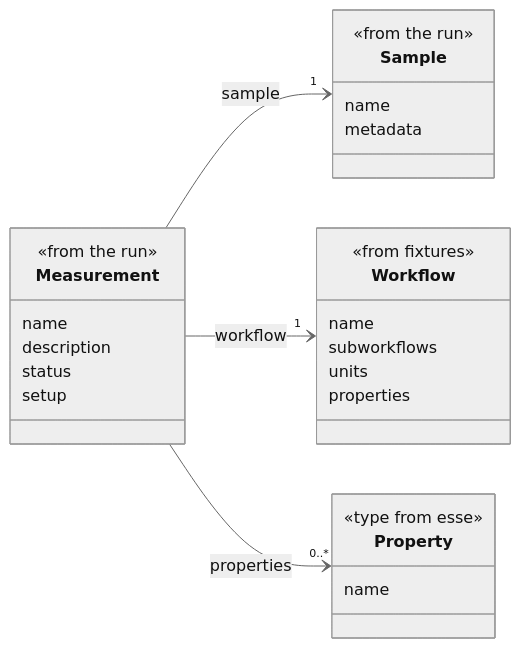
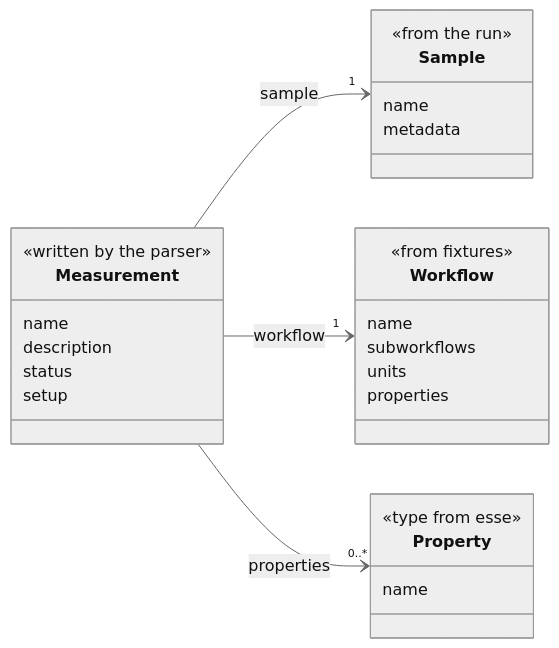
One commit to mat3ra/documentation changed the second of 2 diagrams in lang/en/docs/tutorials/experiments/contribute-experimental-data-type.md. Above: the diagram before and after it, drawn with Mermaid (neutral theme). The commit also changed other lines of this file, not shown here.

Commit message:
SOF-8081: contribute page — review: release requested from the team, no fork-only steps, clearer flowchart, −70 lines

````diff
--- a/lang/en/docs/tutorials/experiments/contribute-experimental-data-type.md
+++ b/lang/en/docs/tutorials/experiments/contribute-experimental-data-type.md
@@ -162,30 +154,30 @@
 ```mermaid
 classDiagram
     direction LR
     class Measurement {
-        <<from the run>>
+        <<written by the parser>>
         name
         description
         status
         setup
     }
     class Sample {
         <<from the run>>
         name
         metadata
     }
     class Workflow {
         <<from fixtures>>
         name
         subworkflows
         units
         properties
     }
     class Property {
         <<type from esse>>
         name
     }
     Measurement --> "1" Sample : sample
     Measurement --> "1" Workflow : workflow
     Measurement --> "0..*" Property : properties
 ```
````
